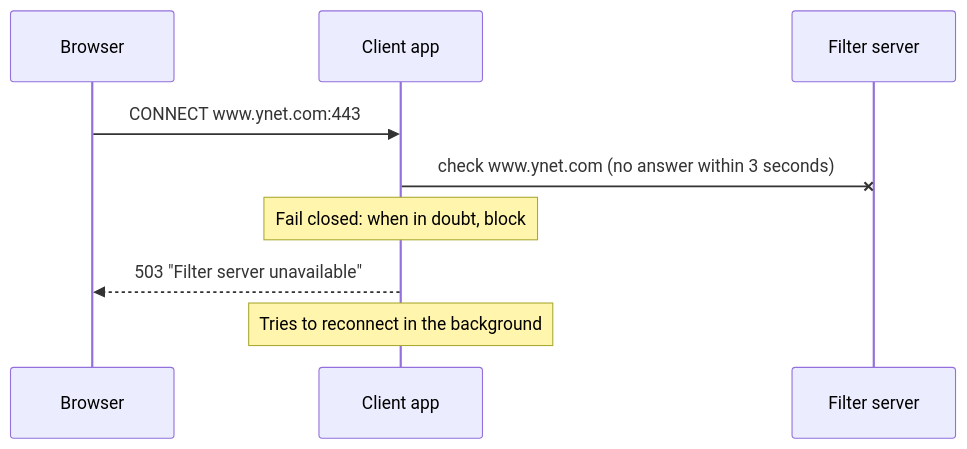
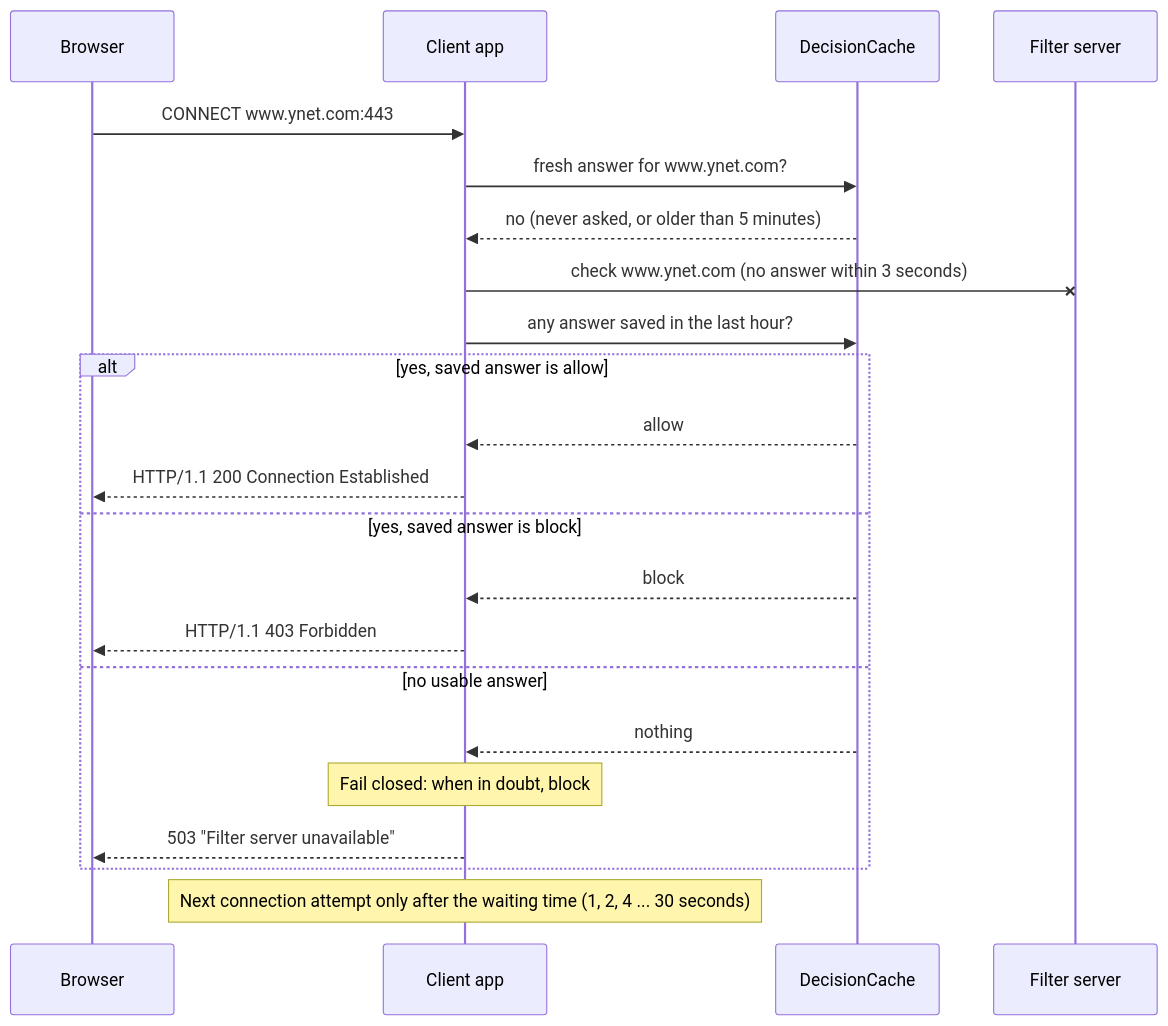
The seventh of 12 diagrams in docs/ARCHITECTURE.md (itamarimor2009/YearlyProject), drawn with Mermaid before and after one commit. The commit also changed other lines of this file and 1 other file, not shown here.

First line of the commit message:
Phase 2 design: client cache and offline fallback (SHA-95)

````diff
--- a/docs/ARCHITECTURE.md
+++ b/docs/ARCHITECTURE.md
@@ -184,11 +187,24 @@
 ```mermaid
 sequenceDiagram
     participant B as Browser
     participant C as Client app
+    participant DC as DecisionCache
     participant S as Filter server
     B->>C: CONNECT www.ynet.com:443
+    C->>DC: fresh answer for www.ynet.com?
+    DC-->>C: no (never asked, or older than 5 minutes)
     C-xS: check www.ynet.com (no answer within 3 seconds)
-    Note over C: Fail closed: when in doubt, block
-    C-->>B: 503 "Filter server unavailable"
-    Note over C: Tries to reconnect in the background
+    C->>DC: any answer saved in the last hour?
+    alt yes, saved answer is allow
+        DC-->>C: allow
+        C-->>B: HTTP/1.1 200 Connection Established
+    else yes, saved answer is block
+        DC-->>C: block
+        C-->>B: HTTP/1.1 403 Forbidden
+    else no usable answer
+        DC-->>C: nothing
+        Note over C: Fail closed: when in doubt, block
+        C-->>B: 503 "Filter server unavailable"
+    end
+    Note over C: Next connection attempt only after the waiting time (1, 2, 4 ... 30 seconds)
 ```
````
